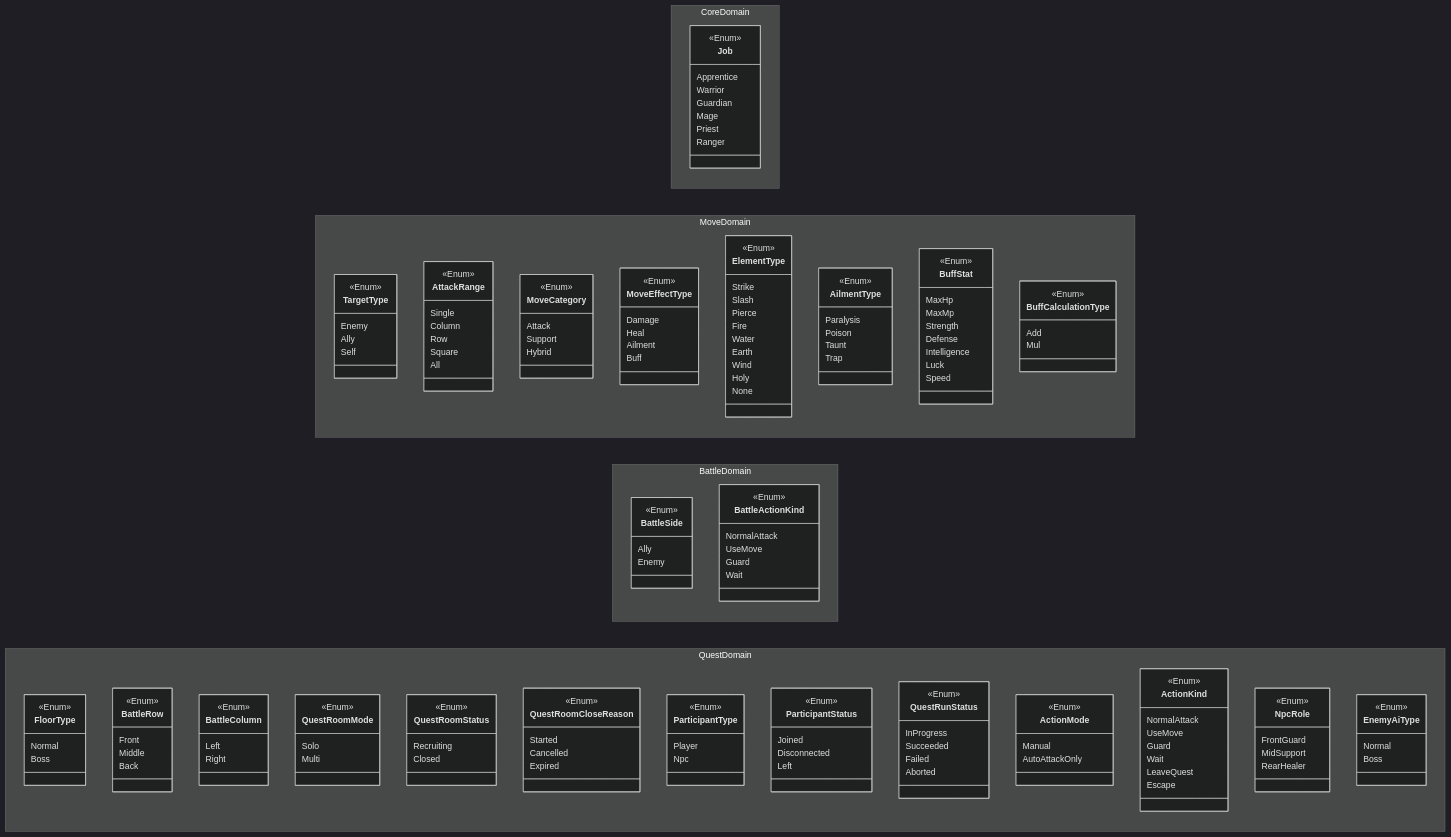
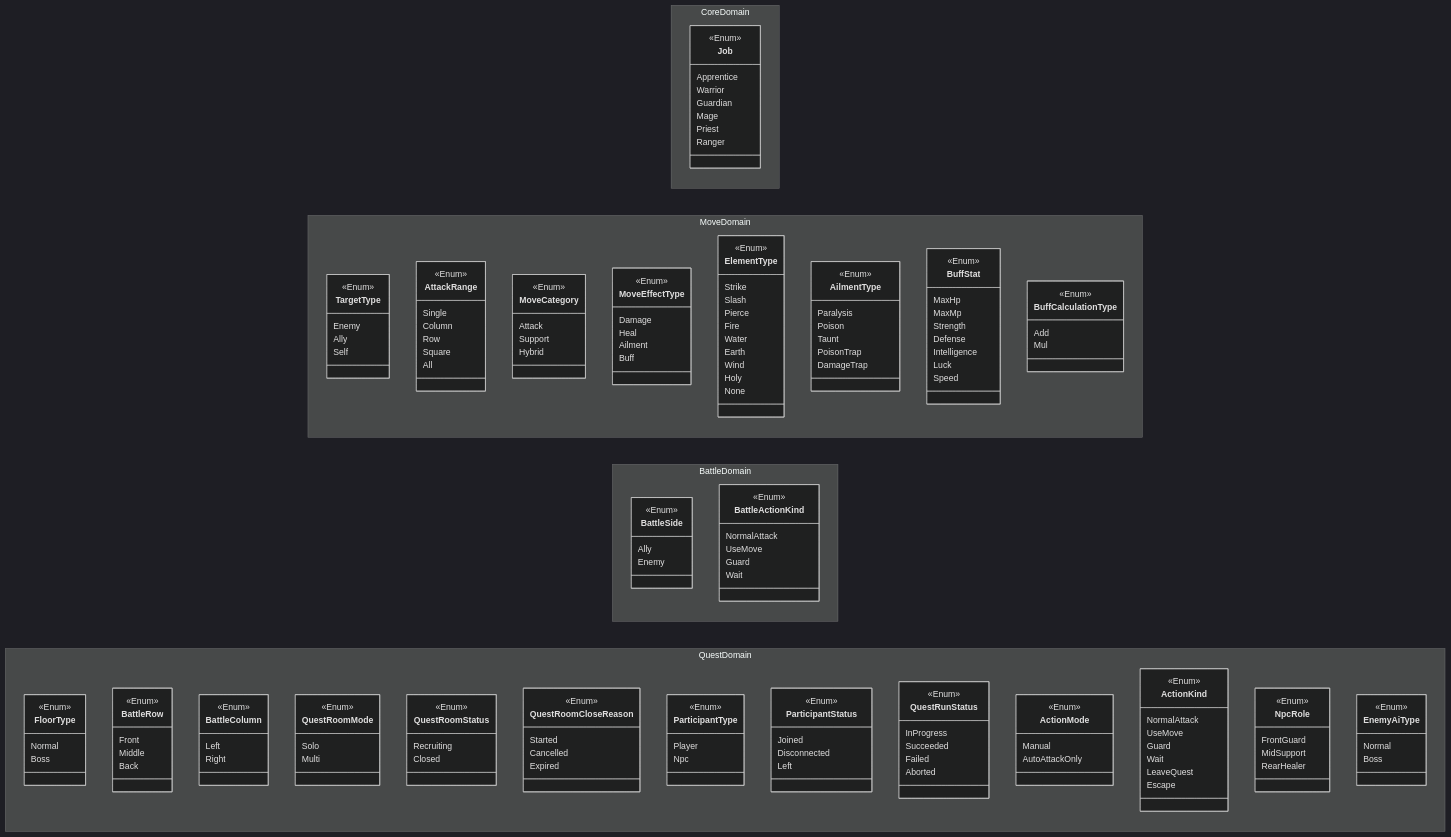
Before and after one commit to ayumu203/nisekue: the diagram in docs/MMD21_Enum.mmd, drawn with Mermaid (dark theme). The commit also changed 4 other files, not shown here.

```diff
--- a/docs/MMD21_Enum.mmd
+++ b/docs/MMD21_Enum.mmd
@@ -1,190 +1,191 @@
 classDiagram
     direction LR
     namespace CoreDomain {
         class Job {
             <<Enum>>
             Apprentice
             Warrior
             Guardian
             Mage
             Priest
             Ranger
         }
     }
 
     namespace MoveDomain {
         class TargetType {
             <<Enum>>
             Enemy
             Ally
             Self
         }
 
         class AttackRange {
             <<Enum>>
             Single
             Column
             Row
             Square
             All
         }
 
         class MoveCategory {
             <<Enum>>
             Attack
             Support
             Hybrid
         }
 
         class MoveEffectType {
             <<Enum>>
             Damage
             Heal
             Ailment
             Buff
         }
 
         class ElementType {
             <<Enum>>
             Strike
             Slash
             Pierce
             Fire
             Water
             Earth
             Wind
             Holy
             None
         }
 
         class AilmentType {
             <<Enum>>
             Paralysis
             Poison
             Taunt
-            Trap
+            PoisonTrap
+            DamageTrap
         }
 
         class BuffStat {
             <<Enum>>
             MaxHp
             MaxMp
             Strength
             Defense
             Intelligence
             Luck
             Speed
         }
 
         class BuffCalculationType {
             <<Enum>>
             Add
             Mul
         }
     }
 
     namespace BattleDomain {
         class BattleSide {
             <<Enum>>
             Ally
             Enemy
         }
 
         class BattleActionKind {
             <<Enum>>
             NormalAttack
             UseMove
             Guard
             Wait
         }
     }
 
     namespace QuestDomain {
         class FloorType {
             <<Enum>>
             Normal
             Boss
         }
 
         class BattleRow {
             <<Enum>>
             Front
             Middle
             Back
         }
 
         class BattleColumn {
             <<Enum>>
             Left
             Right
         }
 
         class QuestRoomMode {
             <<Enum>>
             Solo
             Multi
         }
 
         class QuestRoomStatus {
             <<Enum>>
             Recruiting
             Closed
         }
 
         class QuestRoomCloseReason {
             <<Enum>>
             Started
             Cancelled
             Expired
         }
 
         class ParticipantType {
             <<Enum>>
             Player
             Npc
         }
 
         class ParticipantStatus {
             <<Enum>>
             Joined
             Disconnected
             Left
         }
 
         class QuestRunStatus {
             <<Enum>>
             InProgress
             Succeeded
             Failed
             Aborted
         }
 
         class ActionMode {
             <<Enum>>
             Manual
             AutoAttackOnly
         }
 
         class ActionKind {
             <<Enum>>
             NormalAttack
             UseMove
             Guard
             Wait
             LeaveQuest
             Escape
         }
 
         class NpcRole {
             <<Enum>>
             FrontGuard
             MidSupport
             RearHealer
         }
 
         class EnemyAiType {
             <<Enum>>
             Normal
             Boss
         }
     }
```
